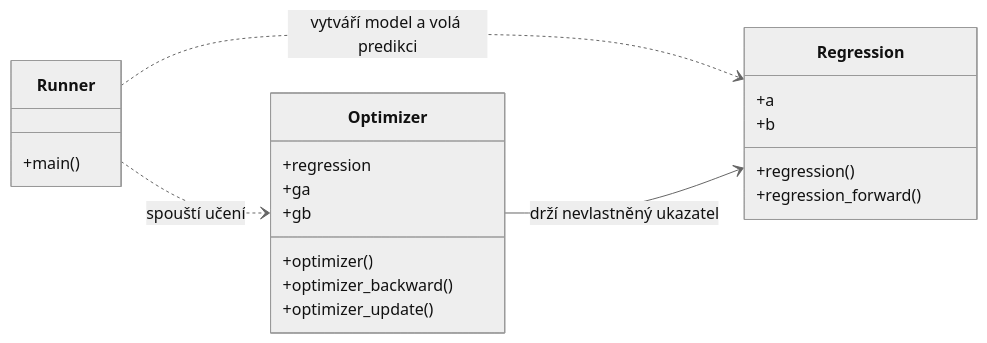
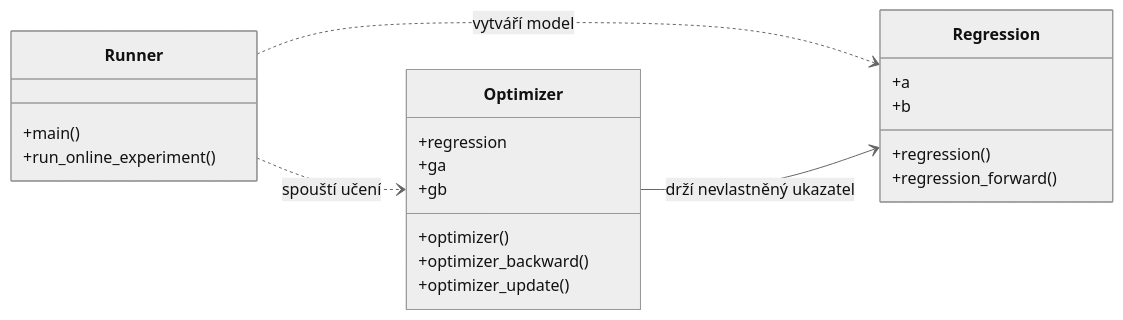
The first of 2 diagrams in 001-LinearRegression/spec/specifikace-linearni-regrese.md (sooneoo/machine-learning), drawn with Mermaid (neutral theme) before and after one commit. The commit also changed other lines of this file and 1 other file, not shown here.

````diff
--- a/001-LinearRegression/spec/specifikace-linearni-regrese.md
+++ b/001-LinearRegression/spec/specifikace-linearni-regrese.md
@@ -146,24 +159,25 @@
 ```mermaid
 classDiagram
     direction LR
     class Runner {
         +main()
+        +run_online_experiment()
     }
     class Optimizer {
         +regression
         +ga
         +gb
         +optimizer()
         +optimizer_backward()
         +optimizer_update()
     }
     class Regression {
         +a
         +b
         +regression()
         +regression_forward()
     }
-    Runner ..> Regression : vytváří model a volá predikci
+    Runner ..> Regression : vytváří model
     Runner ..> Optimizer : spouští učení
     Optimizer --> Regression : drží nevlastněný ukazatel
 ```
````
